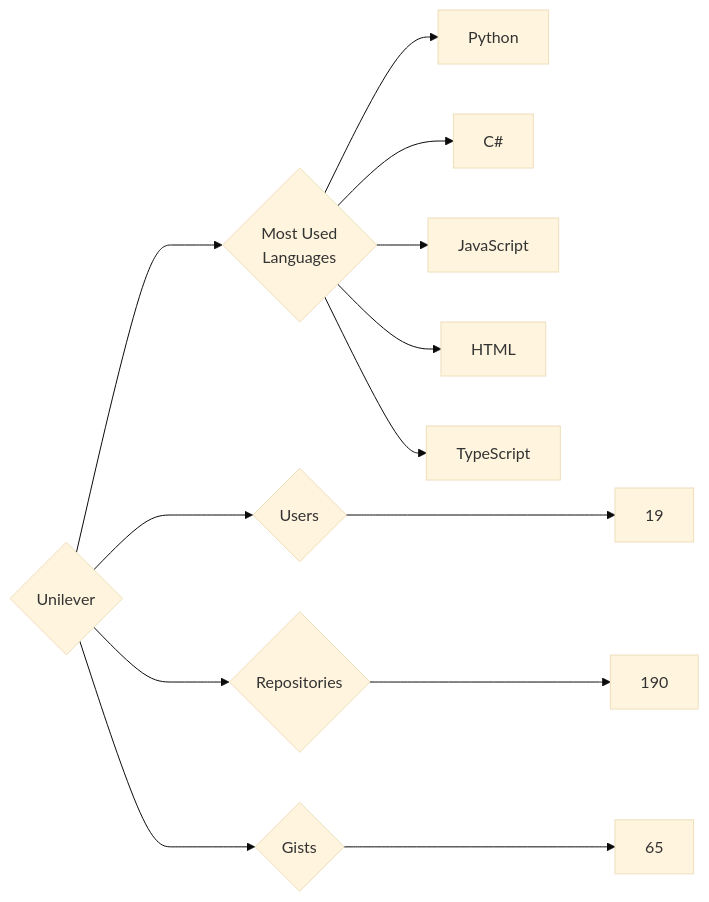
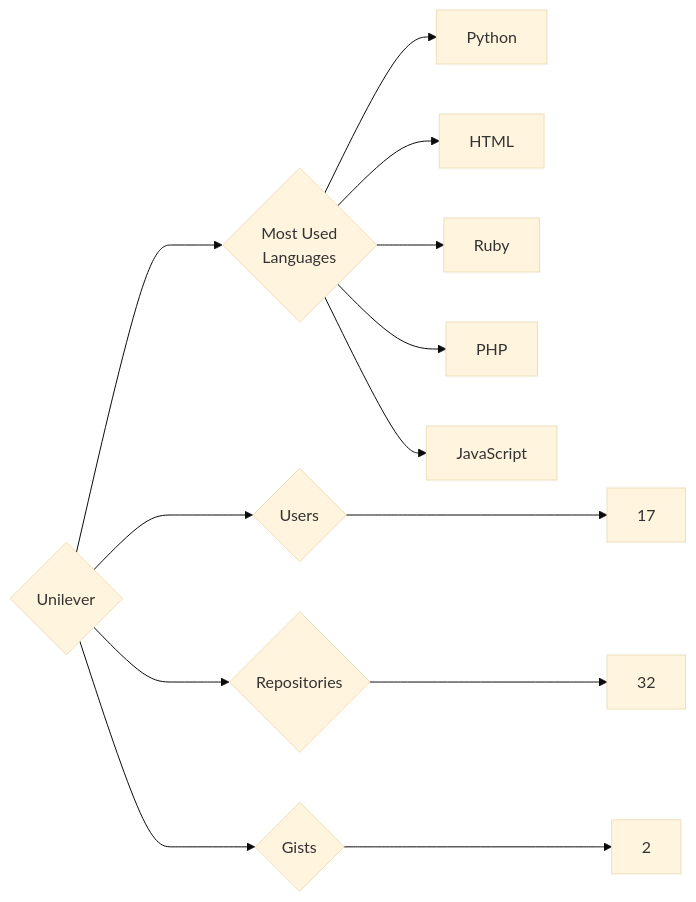
The diagram in targets/Unilever/README.md (trickest/insiders), drawn with Mermaid (base theme) before and after one commit. The commit also changed 928 other files, not shown here.

````diff
--- a/targets/Unilever/README.md
+++ b/targets/Unilever/README.md
@@ -3,13 +3,13 @@
 ```mermaid
 graph LR
 COMPANY_NAME{Unilever}
-COMPANY_NAME ---> U{Users} ---> UN[19]
-COMPANY_NAME ---> R{Repositories} ---> RN[190]
-COMPANY_NAME ---> G{Gists} ---> GN[65]
+COMPANY_NAME ---> U{Users} ---> UN[17]
+COMPANY_NAME ---> R{Repositories} ---> RN[32]
+COMPANY_NAME ---> G{Gists} ---> GN[2]
 COMPANY_NAME ---> ML{Most Used<br>Languages}
 ML --> Python[Python]
-ML --> C#[C#]
+ML --> HTML[HTML]
+ML --> Ruby[Ruby]
+ML --> PHP[PHP]
 ML --> JavaScript[JavaScript]
-ML --> HTML[HTML]
-ML --> TypeScript[TypeScript]
 ```
````
